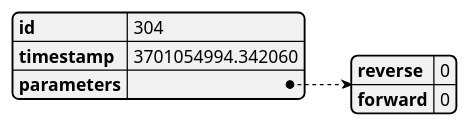
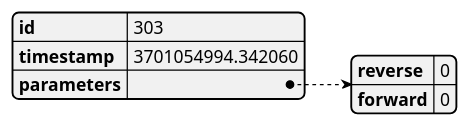
One commit to lsst-ts/ts_tma_tma-documentation_pxi-controller_documentation changed diagram 42 of 43 in 02 CommandsAndEventsManagement/03 Events.md. Above: the diagram before and after it, drawn with PlantUML. The commit also changed other lines of this file, not shown here.

````diff
--- a/02 CommandsAndEventsManagement/03 Events.md
+++ b/02 CommandsAndEventsManagement/03 Events.md
@@ -632,5 +737,5 @@
 ``` plantuml
 @startjson
-{"id":304,"timestamp":3701054994.342060,"parameters":{"reverse":0,"forward":0}}
+{"id":303,"timestamp":3701054994.342060,"parameters":{"reverse":0,"forward":0}}
 @endjson
 ```
````
